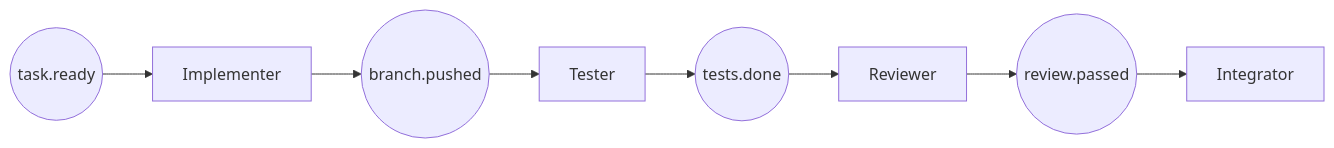
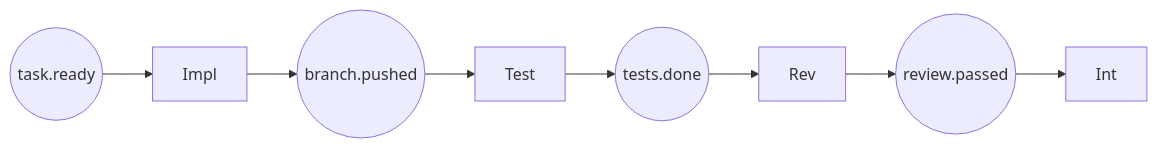
Before and after one commit to JNK234/claude-dotfiles: the eighth of 14 diagrams in research/autonomous-agent-fleet.md, drawn with Mermaid. The commit also changed other lines of this file, not shown here.

````diff
--- a/research/autonomous-agent-fleet.md
+++ b/research/autonomous-agent-fleet.md
@@ -312,7 +272,4 @@
 ```mermaid
 flowchart LR
-  E1((task.ready))-->Impl[Implementer]-->E2((branch.pushed))
-  E2-->Test[Tester]-->E3((tests.done))
-  E3-->Rev[Reviewer]-->E4((review.passed))
-  E4-->Int[Integrator]
+  E1((task.ready))-->Impl-->E2((branch.pushed))-->Test-->E3((tests.done))-->Rev-->E4((review.passed))-->Int
 ```
````
